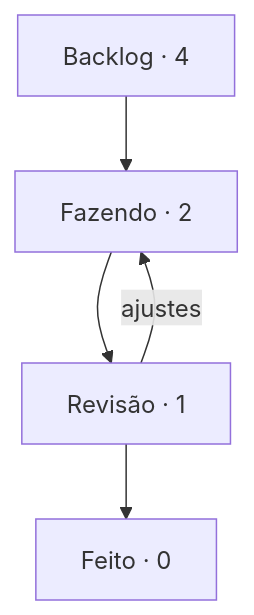
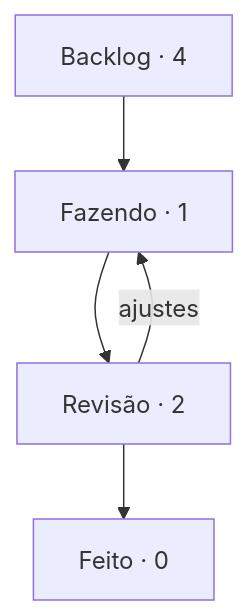
The diagram in boards/harness/BOARD.md (StudioVibi/VibiKanban), drawn with Mermaid before and after one commit. The commit also changed other lines of this file and 1 other file, not shown here.

Commit message:
board: HN-3 Fazendo → Revisão (@isabellaherman)

````diff
--- a/boards/harness/BOARD.md
+++ b/boards/harness/BOARD.md
@@ -5,10 +5,10 @@
 ```mermaid
 flowchart TD
-  backlog["Backlog · 4"] --> doing["Fazendo · 2"]
-  doing --> review["Revisão · 1"]
+  backlog["Backlog · 4"] --> doing["Fazendo · 1"]
+  doing --> review["Revisão · 2"]
   review --> done["Feito · 0"]
   review -->|ajustes| doing
   doing:::blue
   review:::yellow
   done:::green
 ```
````
